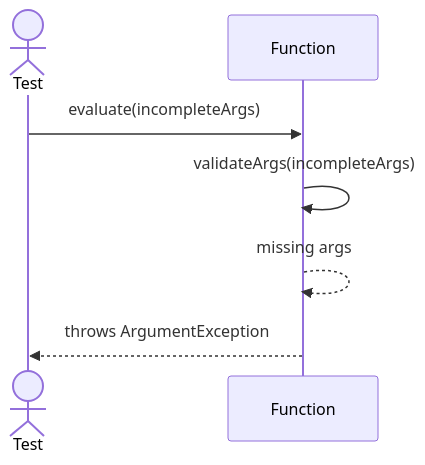
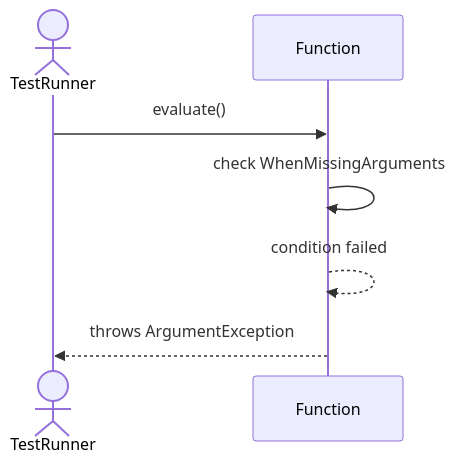
One commit to TamBui1706/DBMS changed the second of 5 diagrams in Sequences/DatabaseObjectManagement/Function.md. Above: the diagram before and after it, drawn with Mermaid. The commit also changed other lines of this file and 63 other files, not shown here.

Commit message:
Draw sequence diagram for unit tests

````diff
--- a/Sequences/DatabaseObjectManagement/Function.md
+++ b/Sequences/DatabaseObjectManagement/Function.md
@@ -29,10 +28,9 @@
 ```mermaid
 sequenceDiagram
-    actor Test
+    actor TestRunner
     participant Function
-
-    Test->>Function: evaluate(incompleteArgs)
-    Function->>Function: validateArgs(incompleteArgs)
-    Function-->>Function: missing args
-    Function-->>Test: throws ArgumentException
+    TestRunner->>Function: evaluate()
+    Function->>Function: check WhenMissingArguments
+    Function-->>Function: condition failed
+    Function-->>TestRunner: throws ArgumentException
 ```
````
